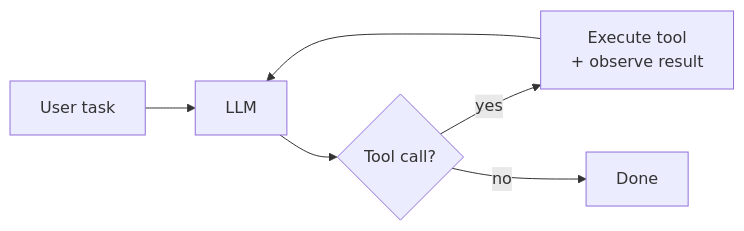
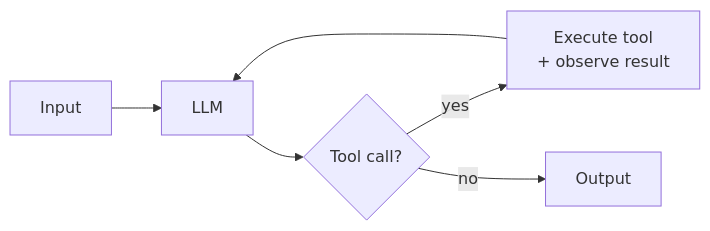
One commit to averagejoeslab/agenteng changed the eighth of 9 diagrams in README.md. Above: the diagram before and after it, drawn with Mermaid. The commit also changed other lines of this file, not shown here.

First line of the commit message:
docs(readme): give every pattern diagram explicit Input/Output nodes

````diff
--- a/README.md
+++ b/README.md
@@ -109,8 +115,8 @@
 ```mermaid
 flowchart LR
-    Task[User task] --> LLM[LLM]
+    In[Input] --> LLM[LLM]
     LLM --> Q{Tool call?}
     Q -->|yes| Act[Execute tool<br/>+ observe result]
     Act --> LLM
-    Q -->|no| Done[Done]
+    Q -->|no| Out[Output]
 ```
````
